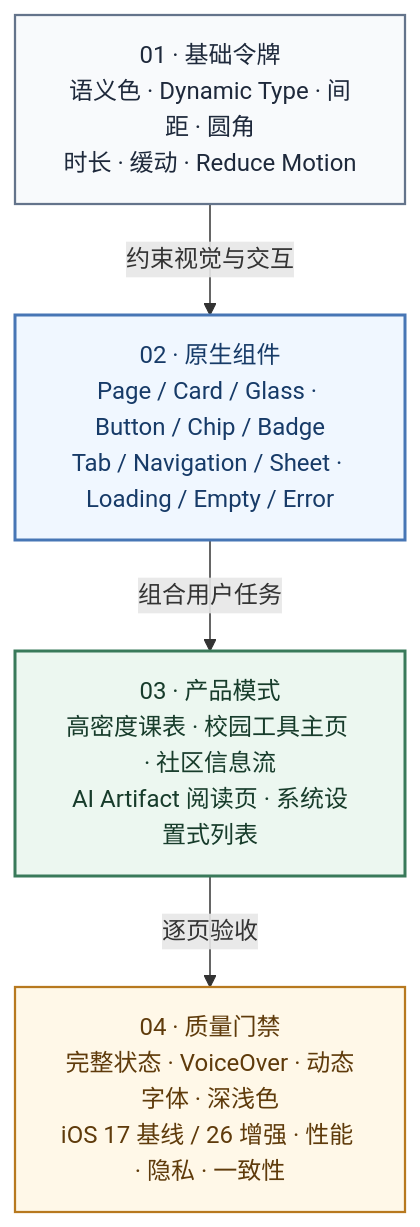
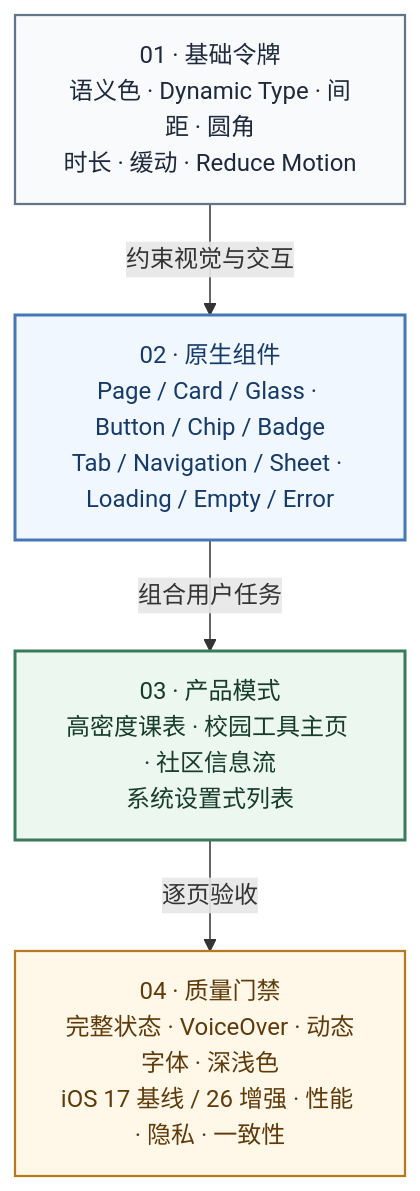
One commit to IsaacHuo/MyLeafy changed the diagram in docs/design/ui-style-guide.md. Above: the diagram before and after it, drawn with Mermaid. The commit also changed other lines of this file and 125 other files, not shown here.

````diff
--- a/docs/design/ui-style-guide.md
+++ b/docs/design/ui-style-guide.md
@@ -18,20 +18,20 @@
 ```mermaid
 flowchart TB
     Tokens["01 · 基础令牌<br/>语义色 · Dynamic Type · 间距 · 圆角<br/>时长 · 缓动 · Reduce Motion"]
     Components["02 · 原生组件<br/>Page / Card / Glass · Button / Chip / Badge<br/>Tab / Navigation / Sheet · Loading / Empty / Error"]
-    Patterns["03 · 产品模式<br/>高密度课表 · 校园工具主页 · 社区信息流<br/>AI Artifact 阅读页 · 系统设置式列表"]
+    Patterns["03 · 产品模式<br/>高密度课表 · 校园工具主页 · 社区信息流<br/>系统设置式列表"]
     Quality["04 · 质量门禁<br/>完整状态 · VoiceOver · 动态字体 · 深浅色<br/>iOS 17 基线 / 26 增强 · 性能 · 隐私 · 一致性"]
 
     Tokens -->|约束视觉与交互| Components
     Components -->|组合用户任务| Patterns
     Patterns -->|逐页验收| Quality
 
     classDef foundation fill:#F8FAFC,stroke:#64748B,color:#1E293B,stroke-width:1.5px;
     classDef primitive fill:#F0F7FF,stroke:#4776B5,color:#173B68,stroke-width:2px;
     classDef pattern fill:#ECF7F0,stroke:#397A5A,color:#173C2B,stroke-width:2px;
     classDef gate fill:#FFF8E8,stroke:#B7791F,color:#5F3B0B,stroke-width:1.5px;
     class Tokens foundation;
     class Components primitive;
     class Patterns pattern;
     class Quality gate;
 ```
````
